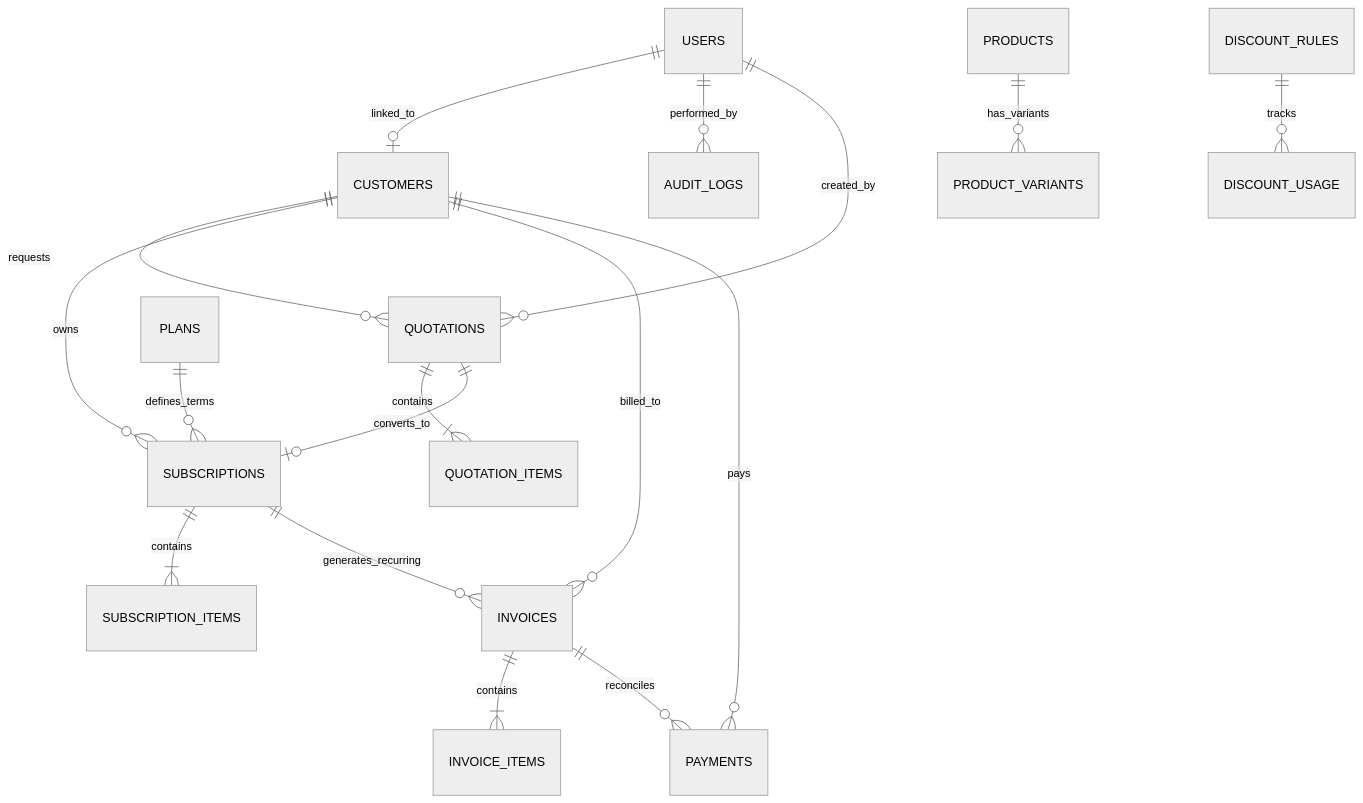
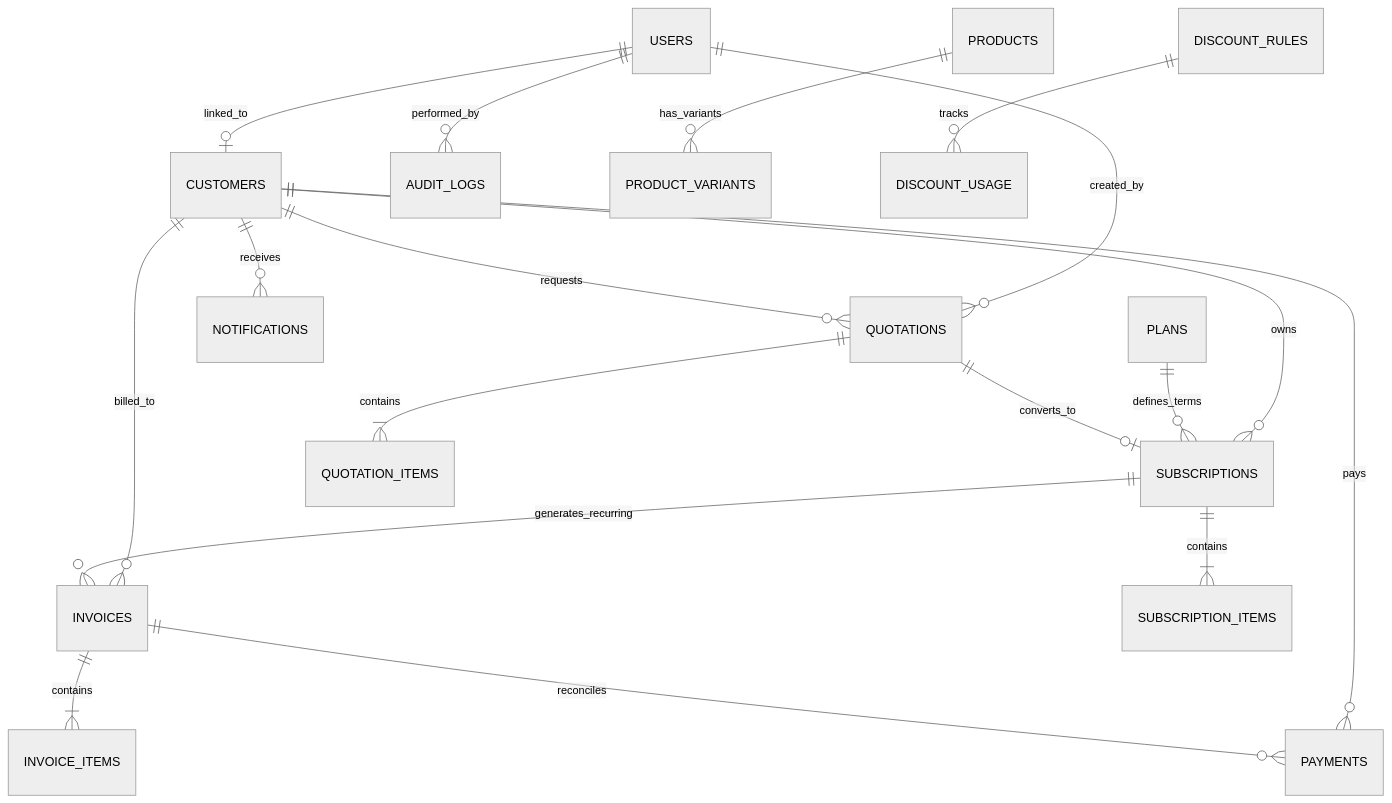
Before and after one commit to tc484472-byte/odoo: the seventh of 7 diagrams in README.md, drawn with Mermaid (neutral theme). The commit also changed other lines of this file and 17 other files, not shown here.

````diff
--- a/README.md
+++ b/README.md
@@ -284,25 +366,26 @@
 ```mermaid
 erDiagram
     USERS ||--o| CUSTOMERS : "linked_to"
     USERS ||--o{ AUDIT_LOGS : "performed_by"
     USERS ||--o{ QUOTATIONS : "created_by"
     
     CUSTOMERS ||--o{ QUOTATIONS : "requests"
     CUSTOMERS ||--o{ SUBSCRIPTIONS : "owns"
     CUSTOMERS ||--o{ INVOICES : "billed_to"
     CUSTOMERS ||--o{ PAYMENTS : "pays"
+    CUSTOMERS ||--o{ NOTIFICATIONS : "receives"
 
     PRODUCTS ||--o{ PRODUCT_VARIANTS : "has_variants"
     PLANS ||--o{ SUBSCRIPTIONS : "defines_terms"
     
     QUOTATIONS ||--|{ QUOTATION_ITEMS : "contains"
     QUOTATIONS ||--o| SUBSCRIPTIONS : "converts_to"
     
     SUBSCRIPTIONS ||--|{ SUBSCRIPTION_ITEMS : "contains"
     SUBSCRIPTIONS ||--o{ INVOICES : "generates_recurring"
     
     INVOICES ||--|{ INVOICE_ITEMS : "contains"
     INVOICES ||--o{ PAYMENTS : "reconciles"
 
     DISCOUNT_RULES ||--o{ DISCOUNT_USAGE : "tracks"
 ```
````
